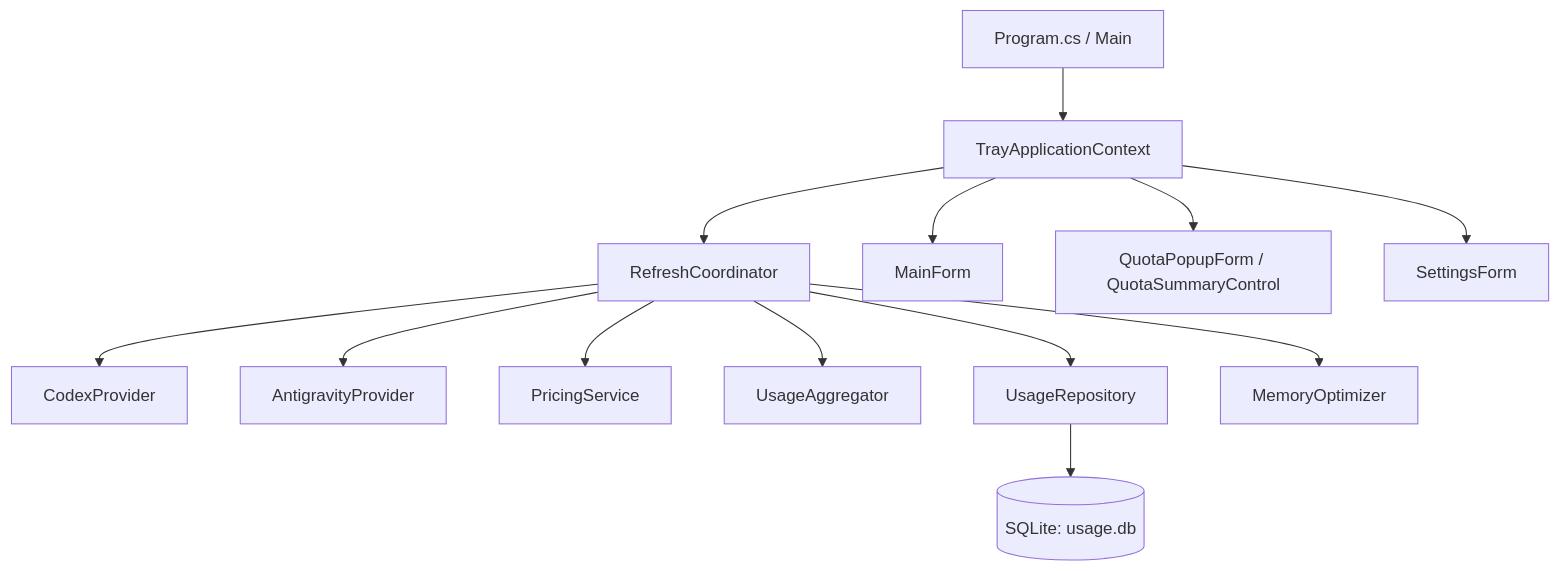
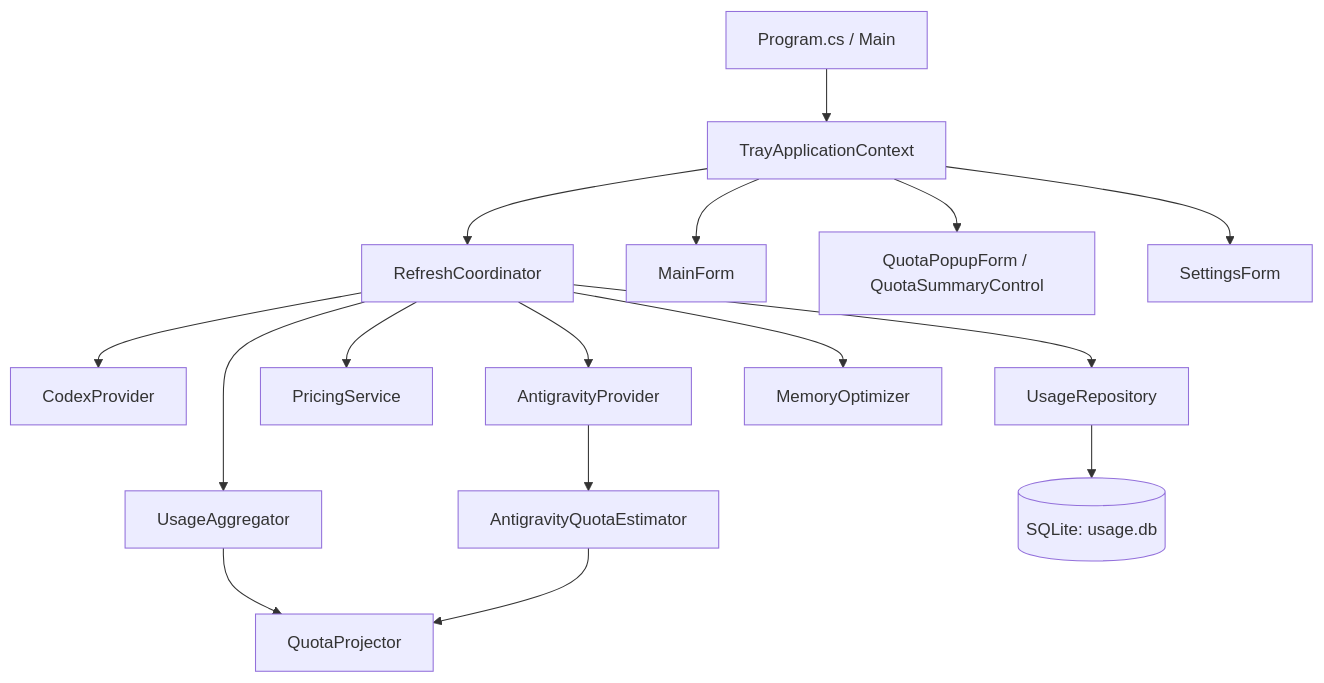
The first of 2 diagrams in CODE_INDEX.md (Yu0496/QuotaTrace), drawn with Mermaid before and after one commit. The commit also changed other lines of this file and 60 other files, not shown here.

````diff
--- a/CODE_INDEX.md
+++ b/CODE_INDEX.md
@@ -13,15 +13,18 @@
 ```mermaid
 graph TD
     Entry[Program.cs / Main] --> TrayCtx[TrayApplicationContext]
     TrayCtx --> Coord[RefreshCoordinator]
     Coord --> CodexP[CodexProvider]
     Coord --> AntiP[AntigravityProvider]
     Coord --> Price[PricingService]
     Coord --> Agg[UsageAggregator]
+    Agg --> Projector[QuotaProjector]
+    AntiP --> Pools[AntigravityQuotaEstimator]
+    Pools --> Projector
     Coord --> Repo[UsageRepository]
     Repo --> DB[(SQLite: usage.db)]
     Coord --> MemOpt[MemoryOptimizer]
     TrayCtx --> MainForm[MainForm]
     TrayCtx --> QuotaPopup[QuotaPopupForm / QuotaSummaryControl]
     TrayCtx --> Settings[SettingsForm]
 ```
````
